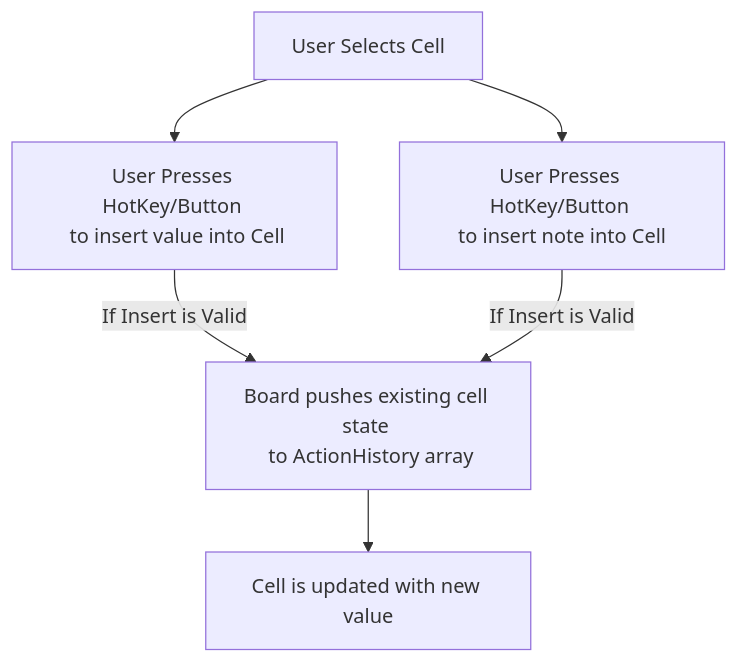
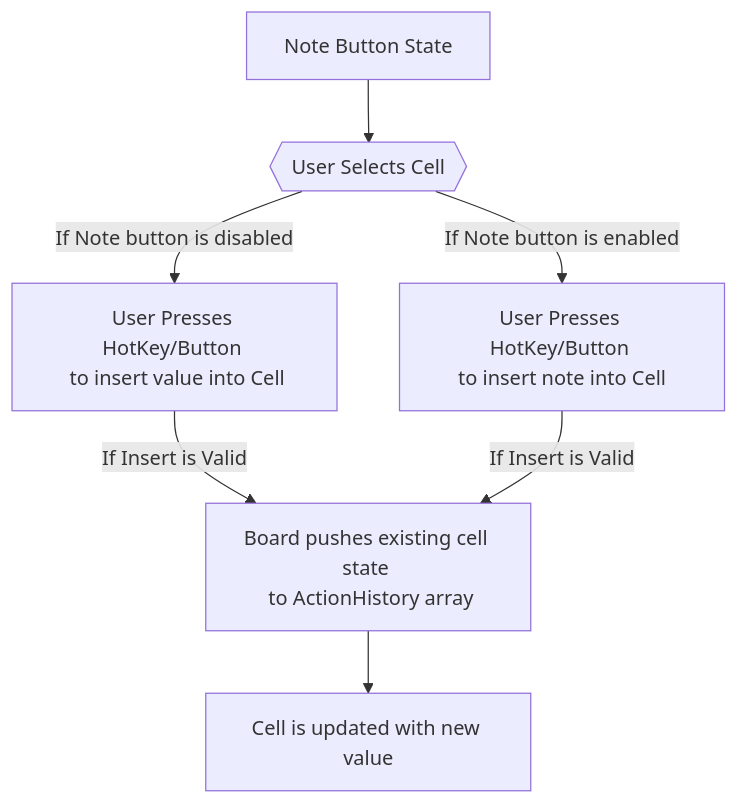
The first of 2 diagrams in docs/Components/SudokuBoard/BoardLogic.md (Sudokuru/Frontend), drawn with Mermaid before and after one commit. The commit also changed other lines of this file, not shown here.

Commit message:
updating mermaid flow charts with diamond shape style for user action

````diff
--- a/docs/Components/SudokuBoard/BoardLogic.md
+++ b/docs/Components/SudokuBoard/BoardLogic.md
@@ -5,15 +5,16 @@
 ```mermaid
 flowchart
-    InsertStart[User Selects Cell]
+    PencilButtonState[Note Button State]
+    InsertStart{{User Selects Cell}}
     InsertValue[User Presses HotKey/Button <br> to insert value into Cell]
     InsertNote[User Presses HotKey/Button <br>to insert note into Cell]
     PushHistory[Board pushes existing cell state <br> to ActionHistory array]
     UpdateCell[Cell is updated with new value]
 
-
-    InsertStart --> InsertValue
-    InsertStart --> InsertNote
+    PencilButtonState --> InsertStart
+    InsertStart --> |If Note button is disabled|InsertValue
+    InsertStart --> |If Note button is enabled|InsertNote
     InsertValue --> |If Insert is Valid|PushHistory
     InsertNote --> |If Insert is Valid|PushHistory
     PushHistory --> UpdateCell
 ```
````
